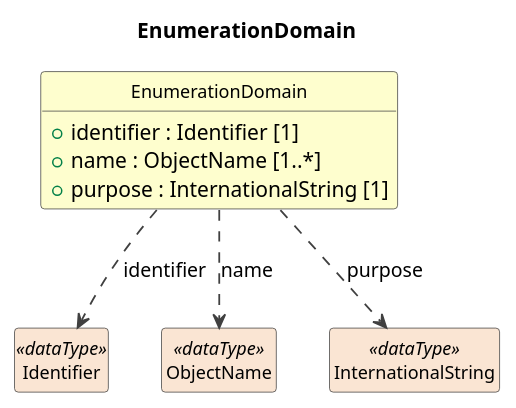
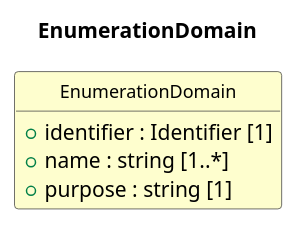
Before and after one commit to Cross-Domain-Interoperability-Framework/metadataBuildingBlocks: the diagram in build/plantuml/cdifDataStructure/Classes/EnumerationDomain.pu, drawn with PlantUML. The commit also changed 237 other files, not shown here.

```diff
--- a/build/plantuml/cdifDataStructure/Classes/EnumerationDomain.pu
+++ b/build/plantuml/cdifDataStructure/Classes/EnumerationDomain.pu
@@ -1,25 +1,19 @@
 @startuml
 title EnumerationDomain
 hide circle
 hide empty members
 skinparam shadowing false
 skinparam ArrowThickness 1.2
 skinparam class {
   ArrowColor #404040
   BorderColor #404040
   FontSize 12
 }
 
 class "EnumerationDomain" as EnumerationDomain #FEFECE {
   +identifier : Identifier [1]
-  +name : ObjectName [1..*]
-  +purpose : InternationalString [1]
+  +name : string [1..*]
+  +purpose : string [1]
 }
-class "Identifier" as Identifier <<dataType>> #FAE5D3
-EnumerationDomain ..> Identifier : identifier
-class "ObjectName" as ObjectName <<dataType>> #FAE5D3
-EnumerationDomain ..> ObjectName : name
-class "InternationalString" as InternationalString <<dataType>> #FAE5D3
-EnumerationDomain ..> InternationalString : purpose
 
 @enduml
```
